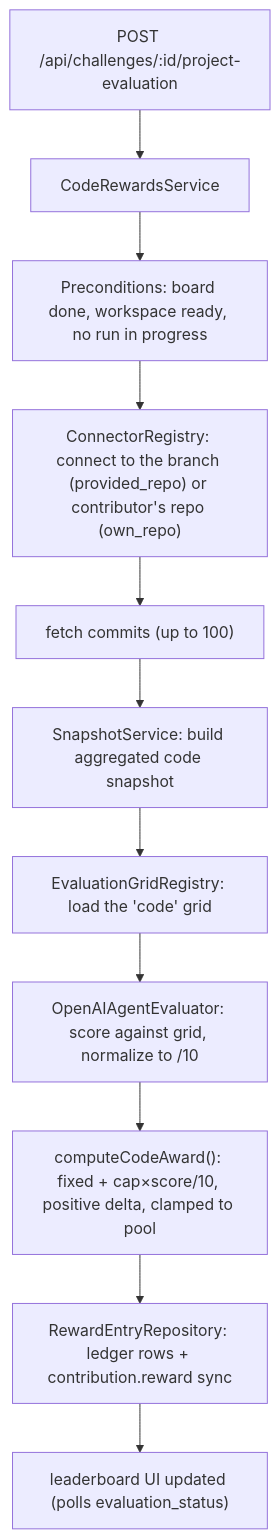
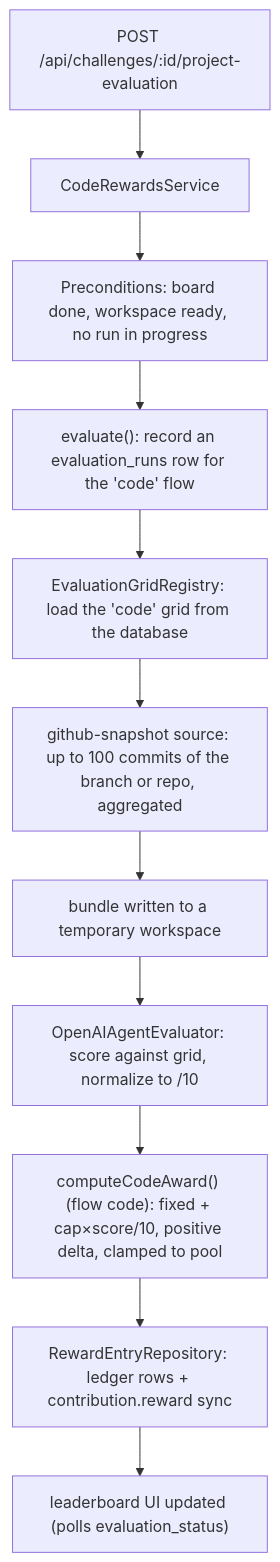
The second of 4 diagrams in docs/architecture.md (MyTwin-Lab/leaderboard), drawn with Mermaid before and after one commit. The commit also changed 67 other files, not shown here.

First line of the commit message:
feat: evaluate capability, bundle sources, traced runs, grid seeds (challenge 020, L2b)

````diff
--- a/docs/architecture.md
+++ b/docs/architecture.md
@@ -52,13 +52,13 @@
 ```mermaid
 flowchart TD
   A["POST /api/challenges/:id/project-evaluation"] --> B["CodeRewardsService"]
   B --> C["Preconditions: board done, workspace ready, no run in progress"]
-  C --> D["ConnectorRegistry: connect to the branch (provided_repo) or contributor's repo (own_repo)"]
-  D --> E["fetch commits (up to 100)"]
-  E --> F["SnapshotService: build aggregated code snapshot"]
-  F --> G["EvaluationGridRegistry: load the 'code' grid"]
+  C --> D["evaluate(): record an evaluation_runs row for the 'code' flow"]
+  D --> E["EvaluationGridRegistry: load the 'code' grid from the database"]
+  E --> F["github-snapshot source: up to 100 commits of the branch or repo, aggregated"]
+  F --> G["bundle written to a temporary workspace"]
   G --> H["OpenAIAgentEvaluator: score against grid, normalize to /10"]
-  H --> I["computeCodeAward(): fixed + cap×score/10, positive delta, clamped to pool"]
+  H --> I["computeCodeAward() (flow code): fixed + cap×score/10, positive delta, clamped to pool"]
   I --> J["RewardEntryRepository: ledger rows + contribution.reward sync"]
   J --> K["leaderboard UI updated (polls evaluation_status)"]
 ```
````
